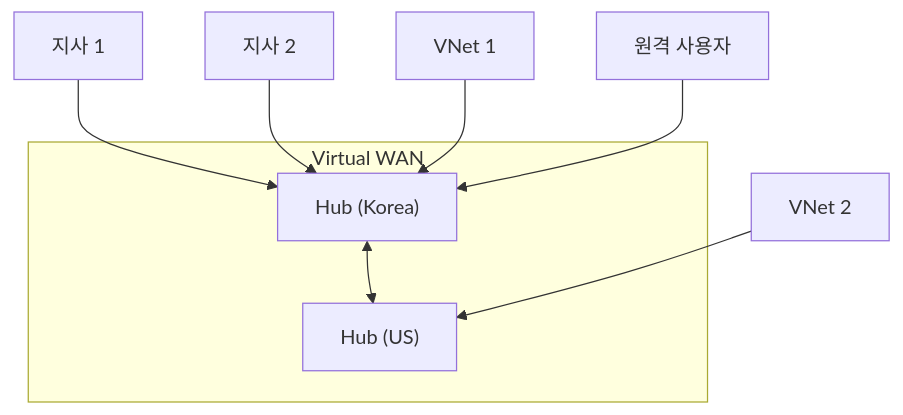
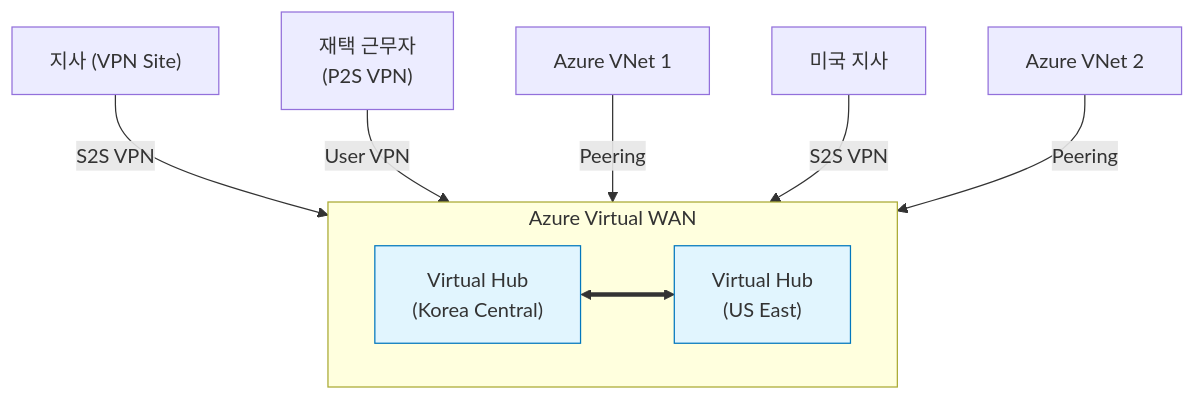
Before and after one commit to HamaPr/HamaPr.github.io: the diagram in _posts/cloud-azure/2025-08-21-Virtual_WAN_study.md, drawn with Mermaid. The commit also changed other lines of this file and 94 other files, not shown here.

````diff
--- a/_posts/cloud-azure/2025-08-21-Virtual_WAN_study.md
+++ b/_posts/cloud-azure/2025-08-21-Virtual_WAN_study.md
@@ -22,13 +19,17 @@
 ```mermaid
 flowchart TB
-    subgraph VWAN["Virtual WAN"]
-        Hub1["Hub (Korea)"]
-        Hub2["Hub (US)"]
+    subgraph GlobalWAN ["Azure Virtual WAN"]
+        direction LR
+        HubSeoul["Virtual Hub<br>(Korea Central)"] <==> HubUS["Virtual Hub<br>(US East)"]
     end
-    Branch1["지사 1"] --> Hub1
-    Branch2["지사 2"] --> Hub1
-    Hub1 <--> Hub2
-    VNet1["VNet 1"] --> Hub1
-    VNet2["VNet 2"] --> Hub2
-    User["원격 사용자"] --> Hub1
+    
+    Branch1["지사 (VPN Site)"] -->|S2S VPN| HubSeoul
+    User["재택 근무자<br>(P2S VPN)"] -->|User VPN| HubSeoul
+    VNet1["Azure VNet 1"] -->|Peering| HubSeoul
+    
+    Branch2["미국 지사"] -->|S2S VPN| HubUS
+    VNet2["Azure VNet 2"] -->|Peering| HubUS
+    
+    classDef hub fill:#e1f5fe,stroke:#0277bd
+    class HubSeoul,HubUS hub
 ```
````
